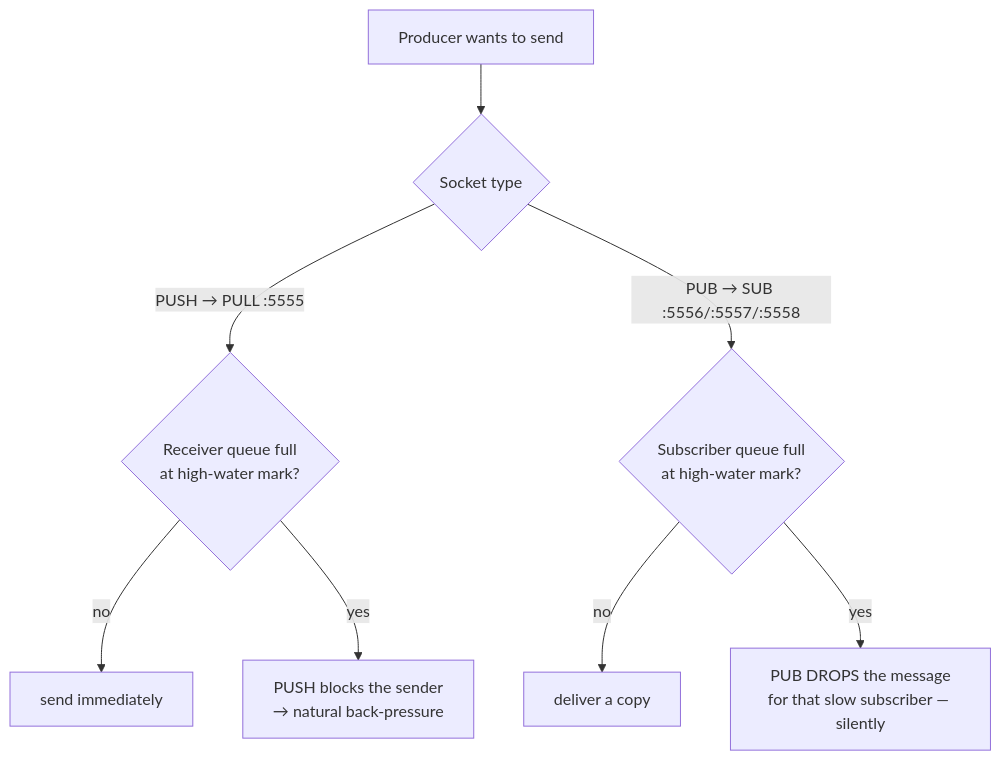
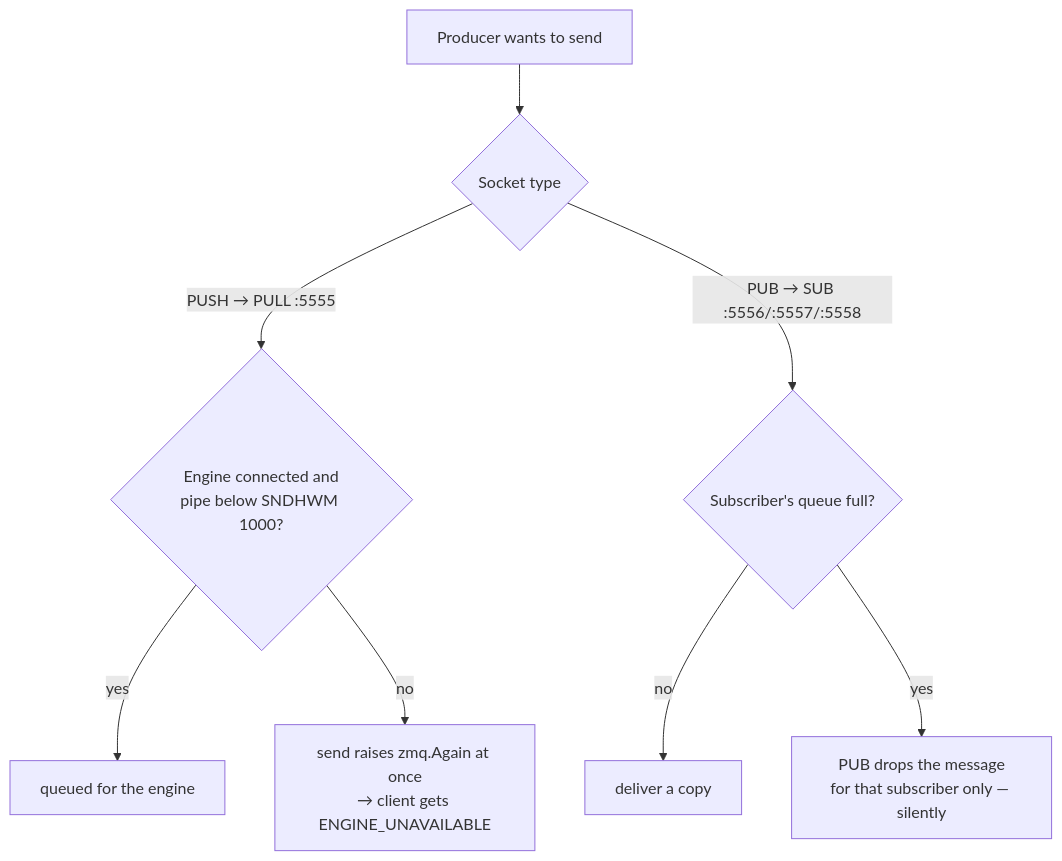
One commit to johan162/EduMatcher changed the seventh of 7 diagrams in docs/books/architecture-and-development/part-1-architecture/010-architecture-overview.md. Above: the diagram before and after it, drawn with Mermaid. The commit also changed other lines of this file and 40 other files, not shown here.

Commit message:
docs(architecture): verify every chapter against the code; add message-architecture chapter and figures

````diff
--- a/docs/books/architecture-and-development/part-1-architecture/010-architecture-overview.md
+++ b/docs/books/architecture-and-development/part-1-architecture/010-architecture-overview.md
@@ -1320,10 +1469,10 @@
 ```mermaid
 flowchart TD
     A[Producer wants to send] --> B{Socket type}
-    B -->|PUSH → PULL :5555| C{Receiver queue full\nat high-water mark?}
-    C -->|no| C2[send immediately]
-    C -->|yes| D[PUSH blocks the sender\n→ natural back-pressure]
-    B -->|PUB → SUB :5556/:5557/:5558| E{Subscriber queue full\nat high-water mark?}
+    B -->|PUSH → PULL :5555| C{Engine connected and\npipe below SNDHWM 1000?}
+    C -->|yes| C2[queued for the engine]
+    C -->|no| D[send raises zmq.Again at once\n→ client gets ENGINE_UNAVAILABLE]
+    B -->|PUB → SUB :5556/:5557/:5558| E{Subscriber's queue full?}
     E -->|no| E2[deliver a copy]
-    E -->|yes| F[PUB DROPS the message\nfor that slow subscriber — silently]
+    E -->|yes| F[PUB drops the message\nfor that subscriber only — silently]
 ```
````
